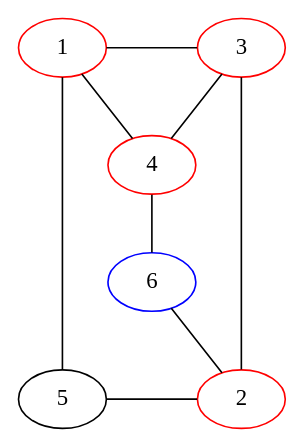
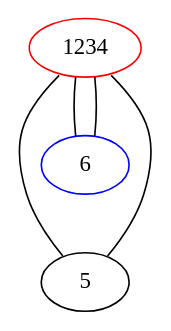
Before and after one commit to bilboquet/gamelib: the diagram in sprouts/start_2_nodes_reduced/11111.dot, drawn with Graphviz. The commit also changed 19 other files, not shown here.

```diff
--- a/sprouts/start_2_nodes_reduced/11111.dot
+++ b/sprouts/start_2_nodes_reduced/11111.dot
@@ -1,30 +1,8 @@
 graph {
-  1 -- 4 -- 6 -- 2;
-  1 -- 3;
-  3 -- 2 [weight=4];
-  4 -- 3;
-  1 -- 5 [weight=4];
-  5 -- 2;
-
-  {
-    rank="same";
-    1;
-    3;
-
-  }
-
-  
-  {
-    rank="same";
-    2;
-    5;
-
-  }
-
-  1 [color="red"];
-  2 [color="red"];
-  3 [color="red"];
-  4 [color="red"];
+  1234 -- 6 -- 1234;
+  1234:sw -- 5;
+  1234:se -- 5;
+  6 -- 5 [style="invis"];
+  1234 [color="red"];
   6 [color="blue"];
-
 }
```
